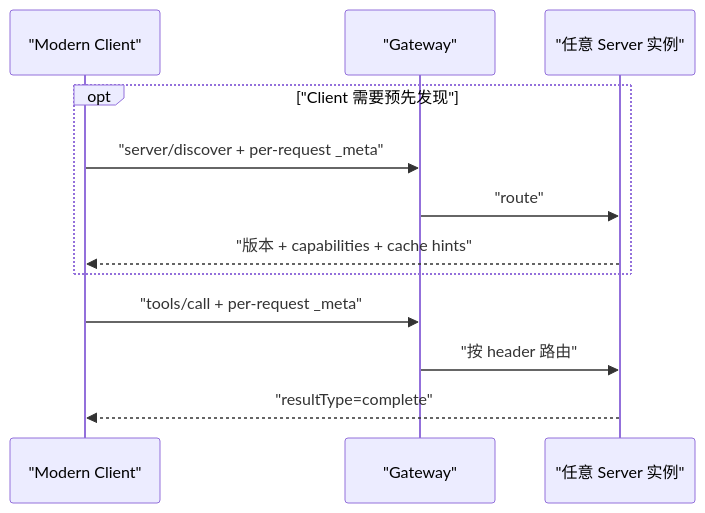
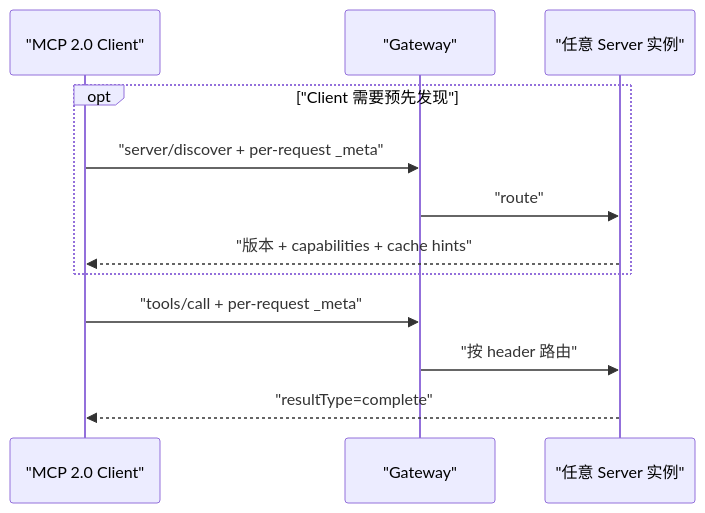
One commit to caiboyang/ML-learning changed diagram 18 of 27 in mcp-2.0/MCP_2_0_Research.md. Above: the diagram before and after it, drawn with Mermaid. The commit also changed other lines of this file and 2 other files, not shown here.

Commit message:
Address MCP guide audit feedback

````diff
--- a/mcp-2.0/MCP_2_0_Research.md
+++ b/mcp-2.0/MCP_2_0_Research.md
@@ -1732,14 +1895,14 @@
 ```mermaid
 sequenceDiagram
-    participant C as "Modern Client"
+    participant C as "MCP 2.0 Client"
     participant G as "Gateway"
     participant S as "任意 Server 实例"
     opt "Client 需要预先发现"
         C->>G: "server/discover + per-request _meta"
         G->>S: "route"
         S-->>C: "版本 + capabilities + cache hints"
     end
     C->>G: "tools/call + per-request _meta"
     G->>S: "按 header 路由"
     S-->>C: "resultType=complete"
 ```
````
